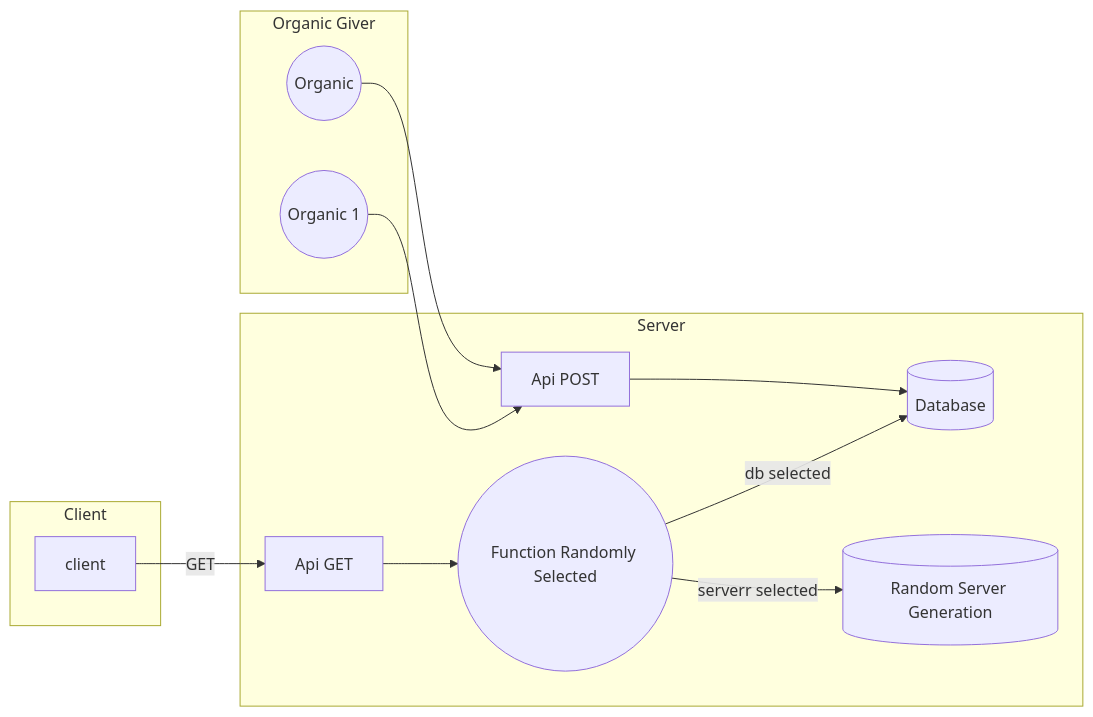
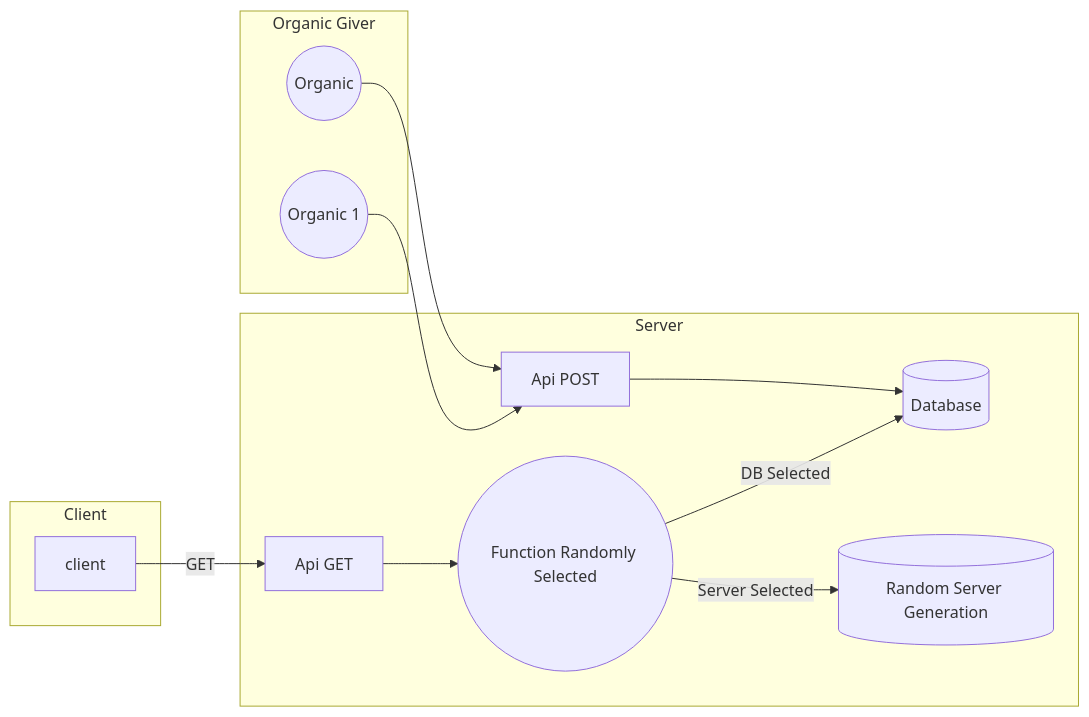
The diagram in README.md (YR72dpi/lunaticProject), drawn with Mermaid before and after one commit.

Commit message:
doc: mermaid update

````diff
--- a/README.md
+++ b/README.md
@@ -18,27 +18,27 @@
 ```mermaid
 graph LR
 
     Organic((Organic))
     Organic1((Organic 1))
     API[Api POST]
     db[(Database)]
     ApiGet[Api GET]
     serverRandom[(Random Server Generation)]
     randomChoice((Function Randomly Selected))
 
     subgraph Server
         API[Api POST] --> db[(Database)] 
-        randomChoice -- db selected --> db
-        randomChoice -- serverr selected --> serverRandom
+        randomChoice -- DB Selected --> db
+        randomChoice -- Server Selected --> serverRandom
         ApiGet --> randomChoice
     end
 
     subgraph Organic Giver
         Organic --> API
         Organic1 --> API
     end
 
     subgraph Client
         client[client] -- GET -->ApiGet
     end
 ```
````
